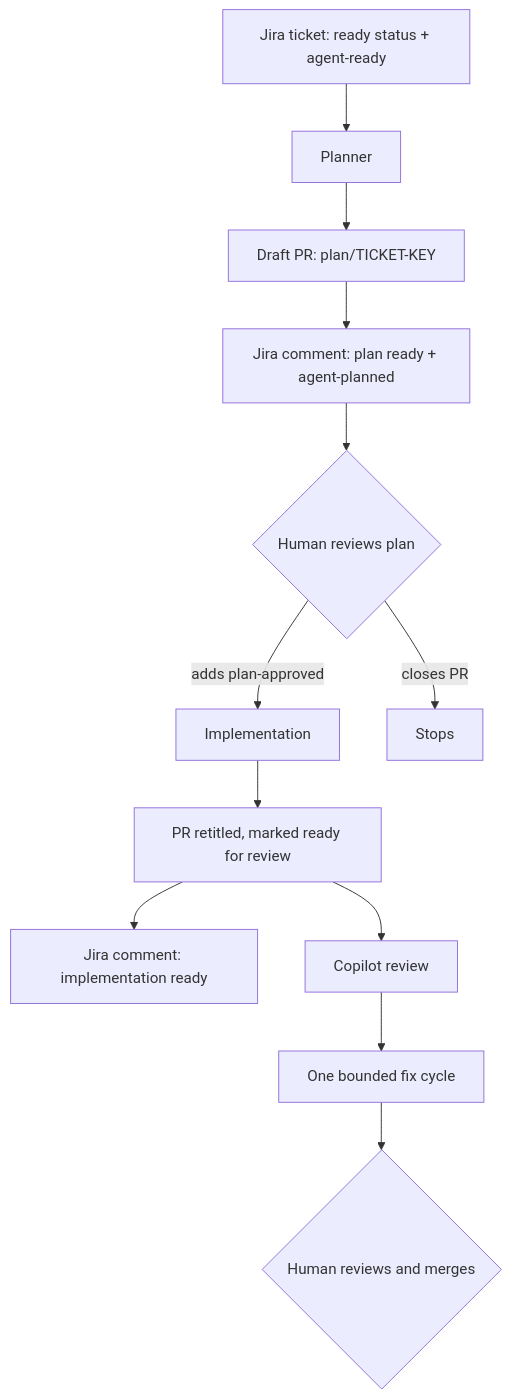
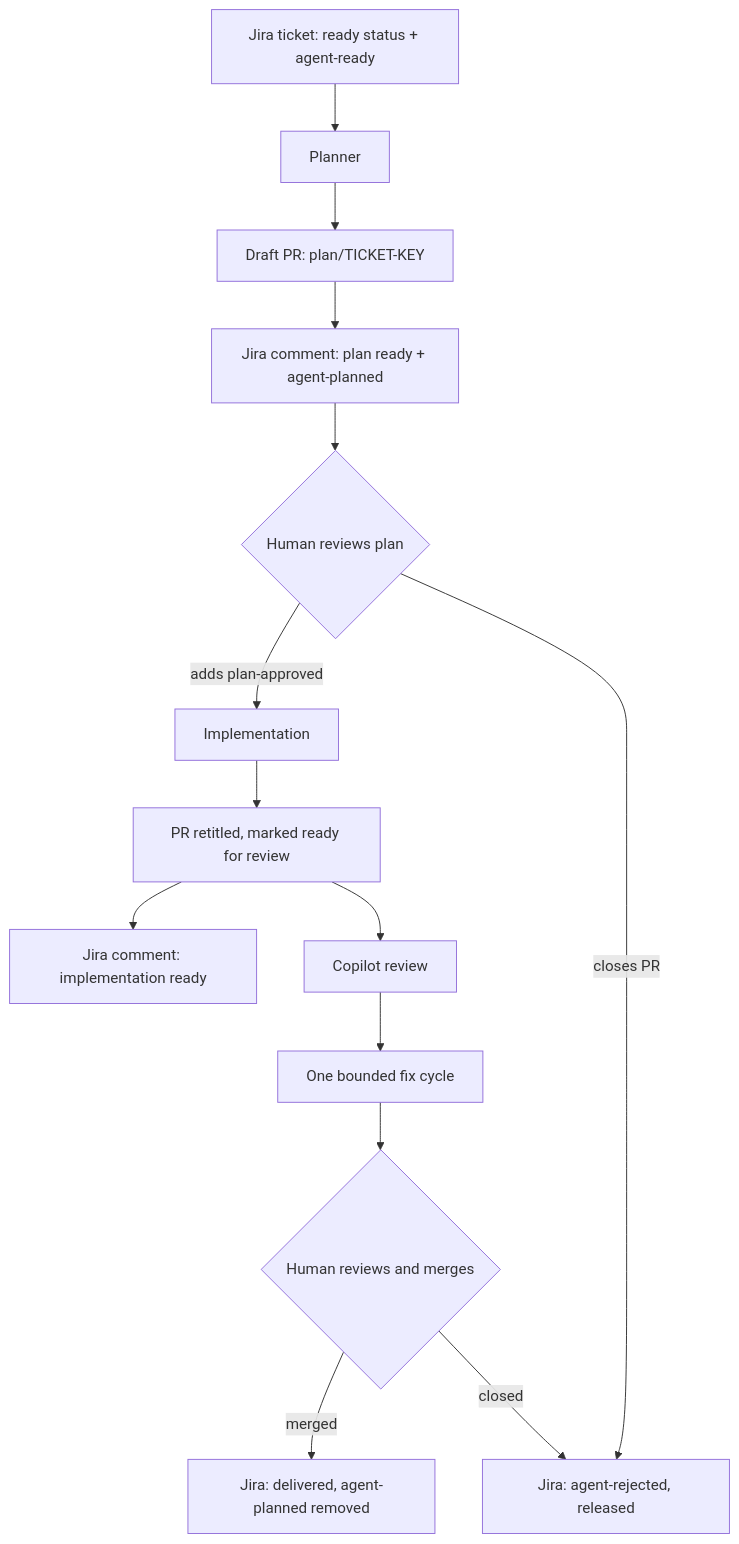
One commit to dp-lewis/jira-agentic-pipeline changed the diagram in README.md. Above: the diagram before and after it, drawn with Mermaid. The commit also changed other lines of this file and 7 other files, not shown here.

First line of the commit message:
feat(workflows): release Jira tickets when their plan PR closes

````diff
--- a/README.md
+++ b/README.md
@@ -16,14 +16,16 @@
 ```mermaid
 flowchart TD
     A[Jira ticket: ready status + agent-ready] --> B[Planner]
     B --> C[Draft PR: plan/TICKET-KEY]
     C --> D[Jira comment: plan ready + agent-planned]
     D --> E{Human reviews plan}
     E -->|adds plan-approved| F[Implementation]
-    E -->|closes PR| X[Stops]
+    E -->|closes PR| X[Jira: agent-rejected, released]
     F --> G[PR retitled, marked ready for review]
     G --> H[Jira comment: implementation ready]
     G --> I[Copilot review]
     I --> J[One bounded fix cycle]
     J --> K{Human reviews and merges}
+    K -->|merged| L[Jira: delivered, agent-planned removed]
+    K -->|closed| X
 ```
````
